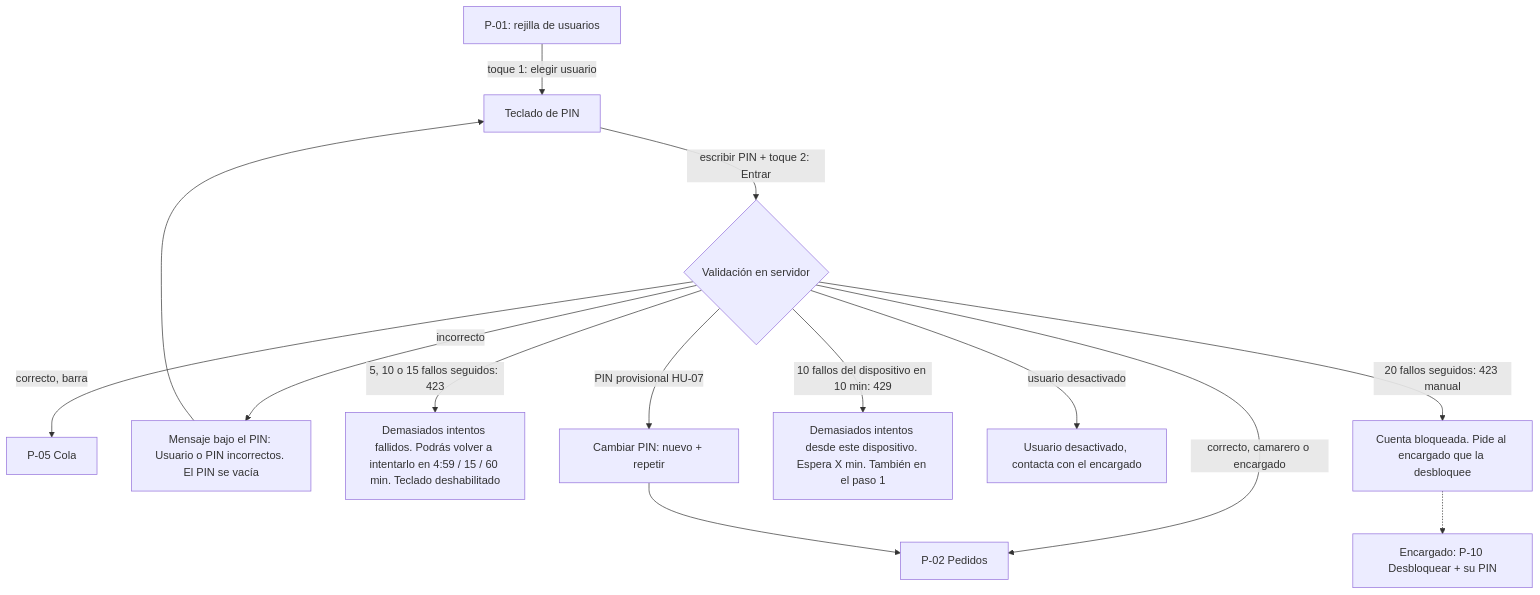
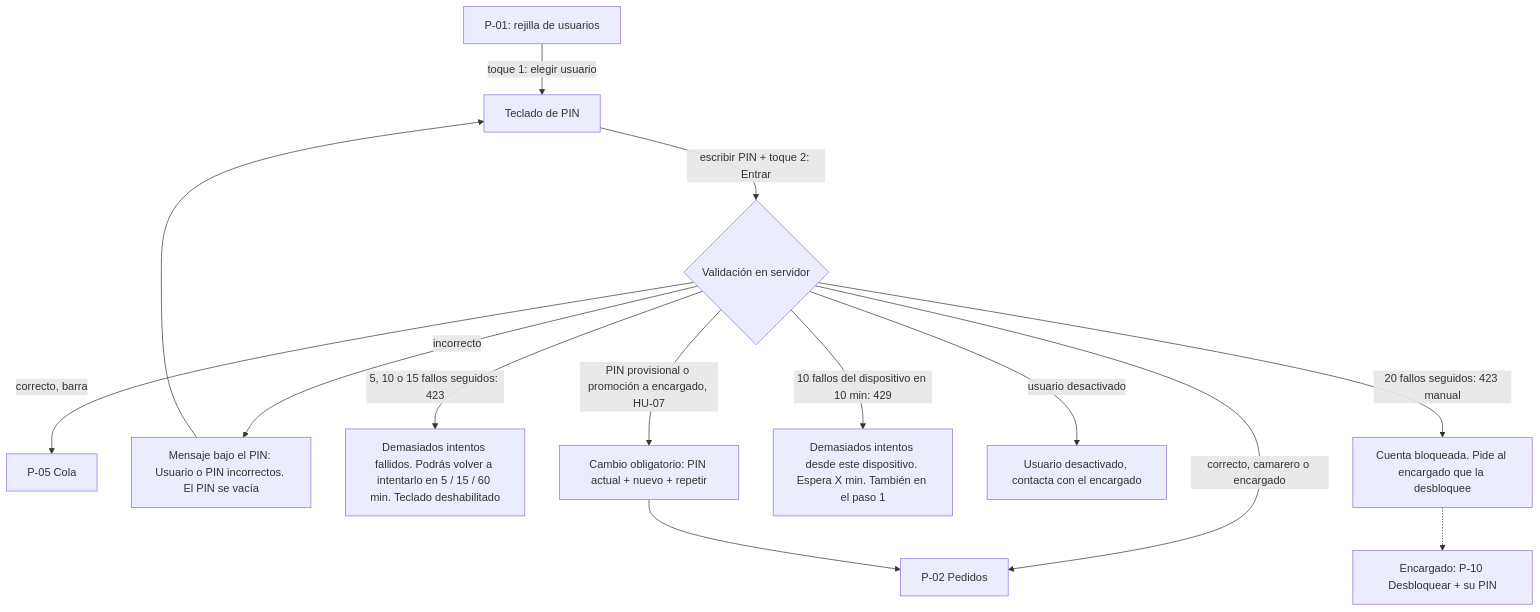
One commit to Pablo592/testing-ia changed the second of 7 diagrams in docs/ux/flujos.md. Above: the diagram before and after it, drawn with Mermaid. The commit also changed other lines of this file and 12 other files, not shown here.

````diff
--- a/docs/ux/flujos.md
+++ b/docs/ux/flujos.md
@@ -60,15 +60,15 @@
 ```mermaid
 flowchart TD
   A[P-01: rejilla de usuarios] -->|toque 1: elegir usuario| B[Teclado de PIN]
   B -->|escribir PIN + toque 2: Entrar| V{Validación en servidor}
   V -->|correcto, camarero o encargado| P[P-02 Pedidos]
   V -->|correcto, barra| C[P-05 Cola]
   V -->|incorrecto| E[Mensaje bajo el PIN: Usuario o PIN incorrectos. El PIN se vacía]
   E --> B
-  V -->|5, 10 o 15 fallos seguidos: 423| K[Demasiados intentos fallidos. Podrás volver a intentarlo en 4:59 / 15 / 60 min. Teclado deshabilitado]
+  V -->|5, 10 o 15 fallos seguidos: 423| K[Demasiados intentos fallidos. Podrás volver a intentarlo en 5 / 15 / 60 min. Teclado deshabilitado]
   V -->|20 fallos seguidos: 423 manual| KM[Cuenta bloqueada. Pide al encargado que la desbloquee]
   KM -.-> UL[Encargado: P-10 Desbloquear + su PIN]
   V -->|10 fallos del dispositivo en 10 min: 429| KD[Demasiados intentos desde este dispositivo. Espera X min. También en el paso 1]
   V -->|usuario desactivado| X[Usuario desactivado, contacta con el encargado]
-  V -->|PIN provisional HU-07| Q[Cambiar PIN: nuevo + repetir] --> P
+  V -->|PIN provisional o promoción a encargado, HU-07| Q[Cambio obligatorio: PIN actual + nuevo + repetir] --> P
 ```
````
